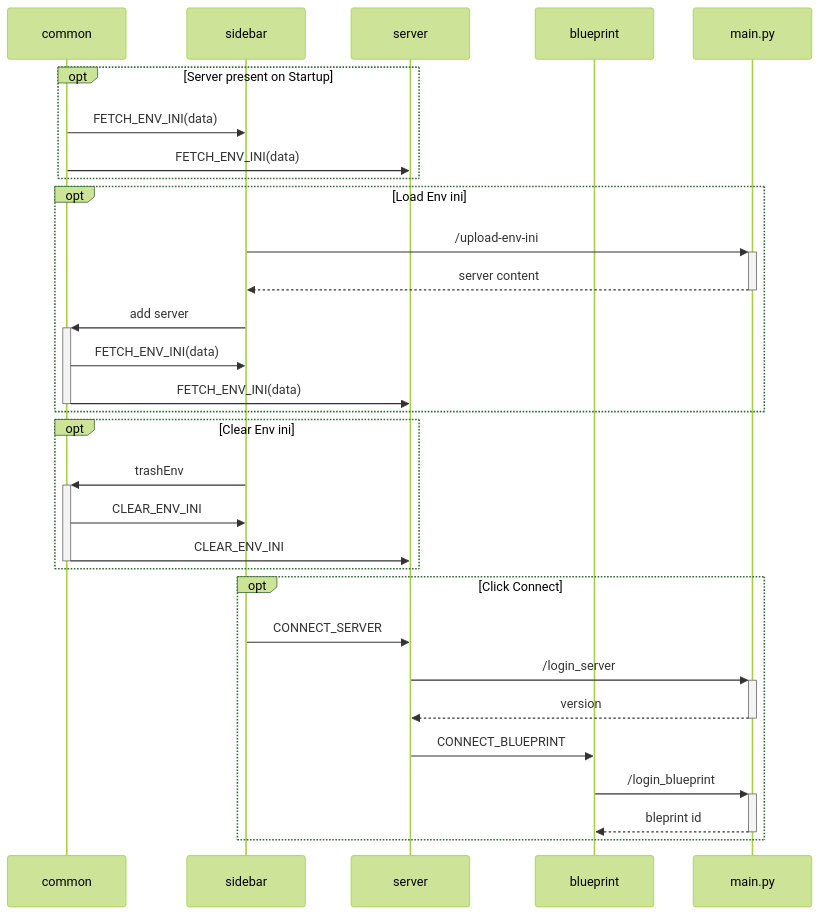
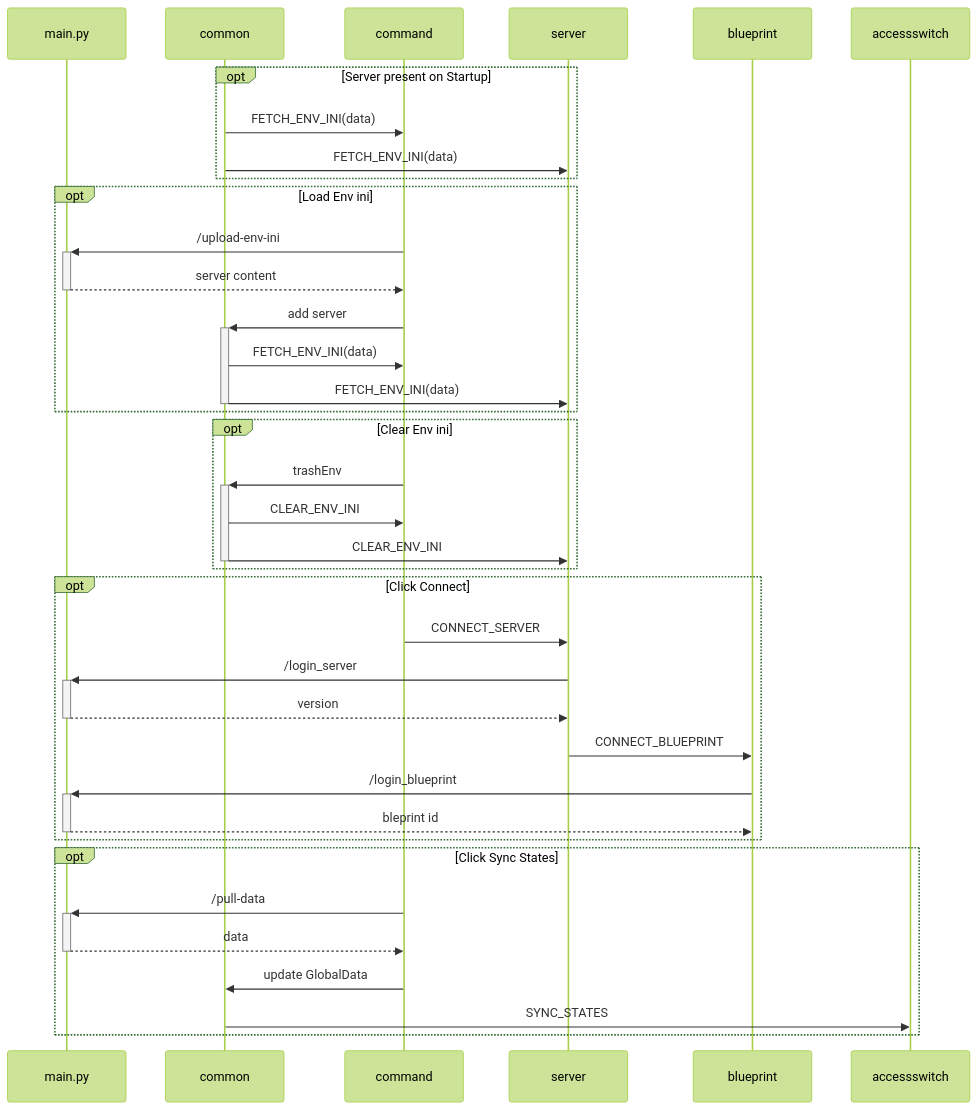
The diagram in README-sequences.md (kimcharli/bp-consolidation-web), drawn with Mermaid (forest theme) before and after one commit. The commit also changed 5 other files, not shown here.

````diff
--- a/README-sequences.md
+++ b/README-sequences.md
@@ -1,34 +1,41 @@
 ```mermaid
 sequenceDiagram
+    participant main.py
     participant common
-    participant sidebar
+    participant command
     participant server
     participant blueprint
-    participant main.py
 
     opt Server present on Startup
-        common ->> sidebar: FETCH_ENV_INI(data)
+        common ->> command: FETCH_ENV_INI(data)
         common ->> server: FETCH_ENV_INI(data)
     end
     opt Load Env ini
-        sidebar ->> +main.py: /upload-env-ini
-        main.py -->> -sidebar: server content
-        sidebar ->> +common: add server
-        common ->> sidebar: FETCH_ENV_INI(data)
+        command ->> +main.py: /upload-env-ini
+        main.py -->> -command: server content
+        command ->> +common: add server
+        common ->> command: FETCH_ENV_INI(data)
         common ->> -server: FETCH_ENV_INI(data)
     end
     opt Clear Env ini
-        sidebar ->> +common: trashEnv
-        common ->> sidebar: CLEAR_ENV_INI
+        command ->> +common: trashEnv
+        common ->> command: CLEAR_ENV_INI
         common ->> -server: CLEAR_ENV_INI
     end
     opt Click Connect
-        sidebar ->> server: CONNECT_SERVER
+        command ->> server: CONNECT_SERVER
         server ->> +main.py: /login_server
         main.py -->> -server: version
         server ->> blueprint: CONNECT_BLUEPRINT
         blueprint ->> +main.py: /login_blueprint
         main.py -->> -blueprint: bleprint id
     end
+    opt Click Sync States
+        command ->> +main.py: /pull-data
+        main.py -->> -command: data
+        command ->> common: update GlobalData
+        common ->> accessswitch: SYNC_STATES
+
+    end
 
 ```
````
